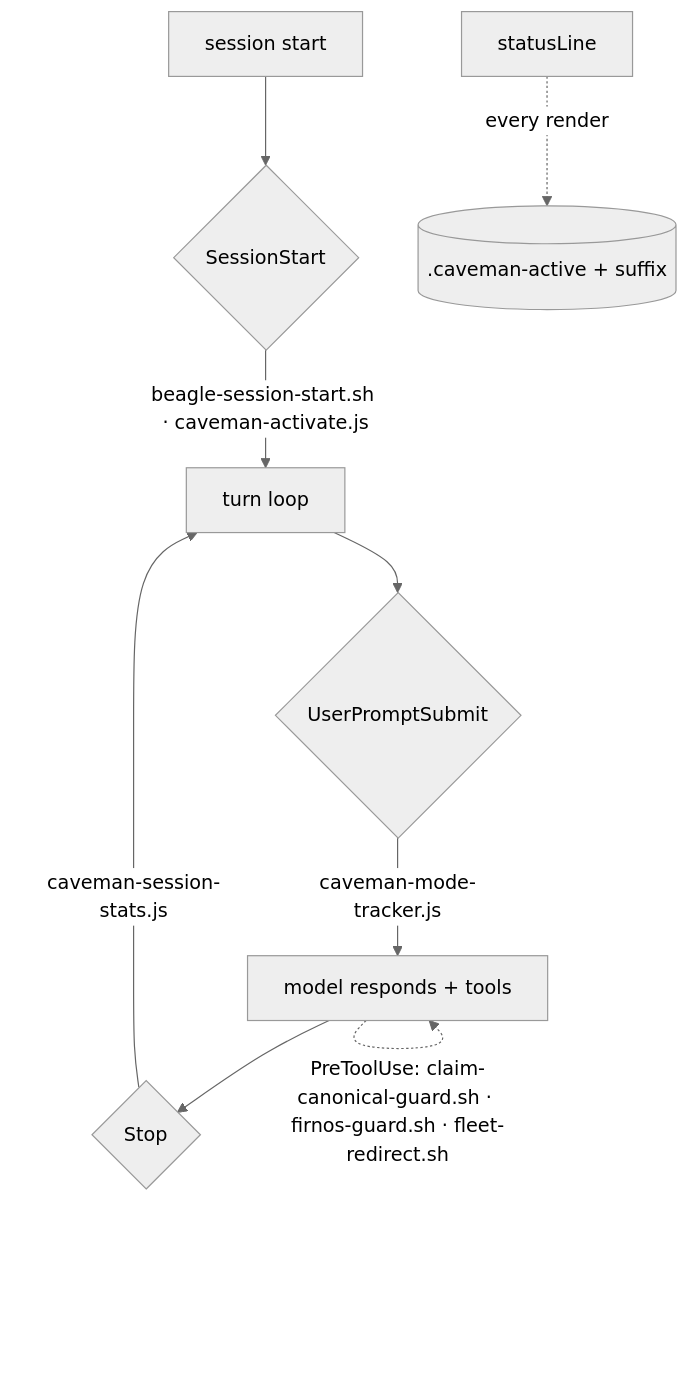
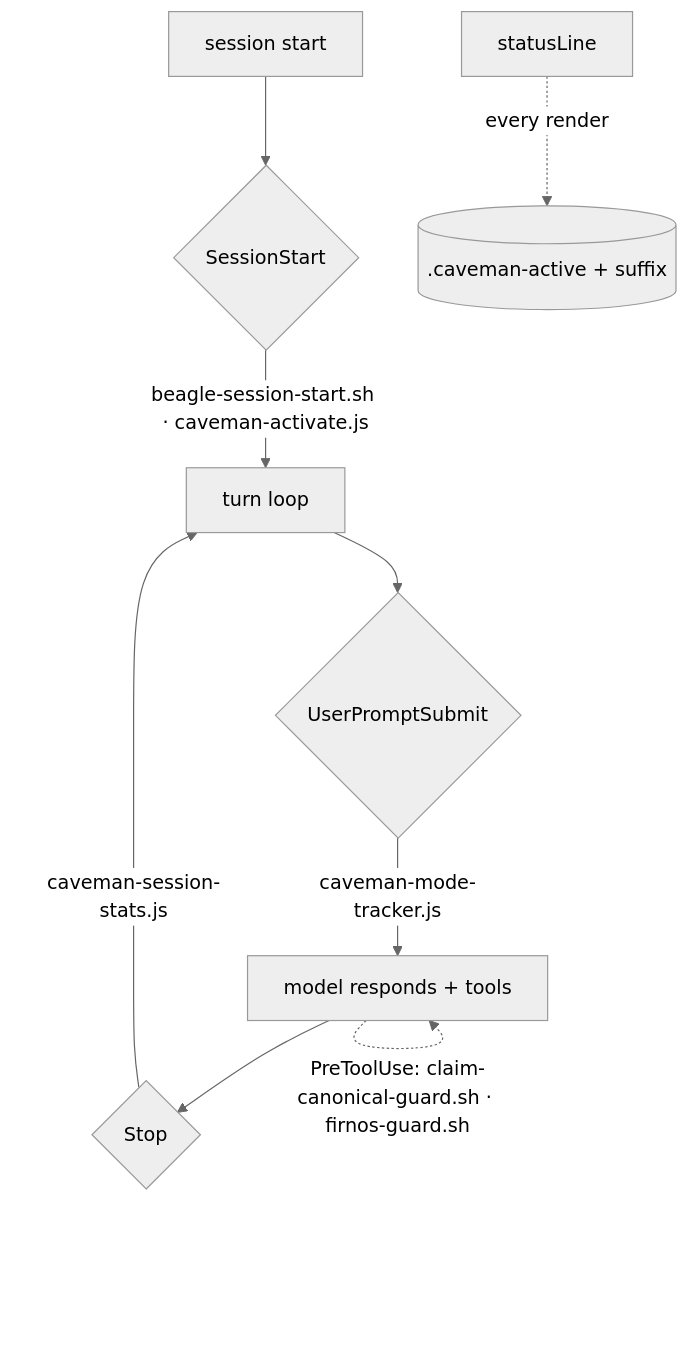
Before and after one commit to tompassarelli/firn: the diagram in docs/claude/02-local-map.md, drawn with Mermaid (neutral theme). The commit also changed other lines of this file and 4 other files, not shown here.

````diff
--- a/docs/claude/02-local-map.md
+++ b/docs/claude/02-local-map.md
@@ -48,11 +48,11 @@
 ```mermaid
 flowchart TD
   A[session start] --> B{SessionStart}
   B -->|"beagle-session-start.sh · caveman-activate.js"| C[turn loop]
   C --> D{UserPromptSubmit}
   D -->|"caveman-mode-tracker.js"| E["model responds + tools"]
-  E -.->|"PreToolUse: claim-canonical-guard.sh · firnos-guard.sh · fleet-redirect.sh"| E
+  E -.->|"PreToolUse: claim-canonical-guard.sh · firnos-guard.sh"| E
   E --> F{Stop}
   F -->|"caveman-session-stats.js"| C
   G[statusLine] -.->|"every render"| Hs[(".caveman-active + suffix")]
 ```
````
